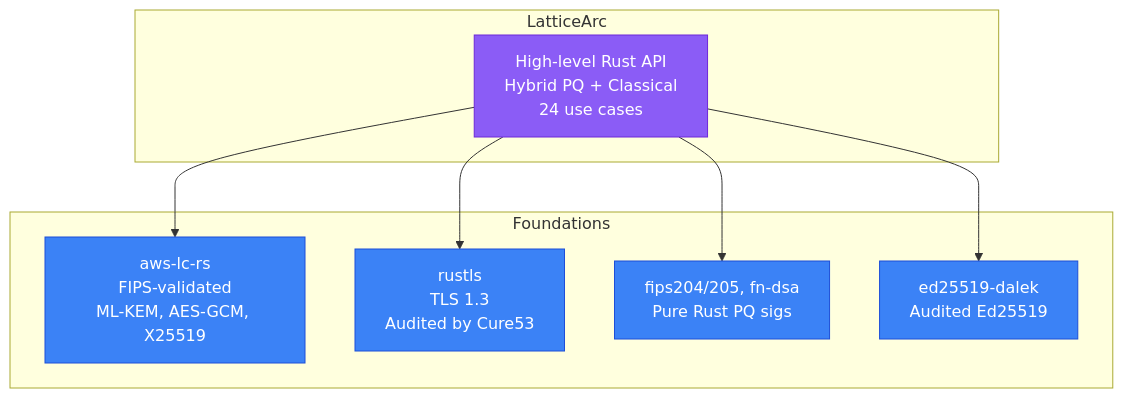
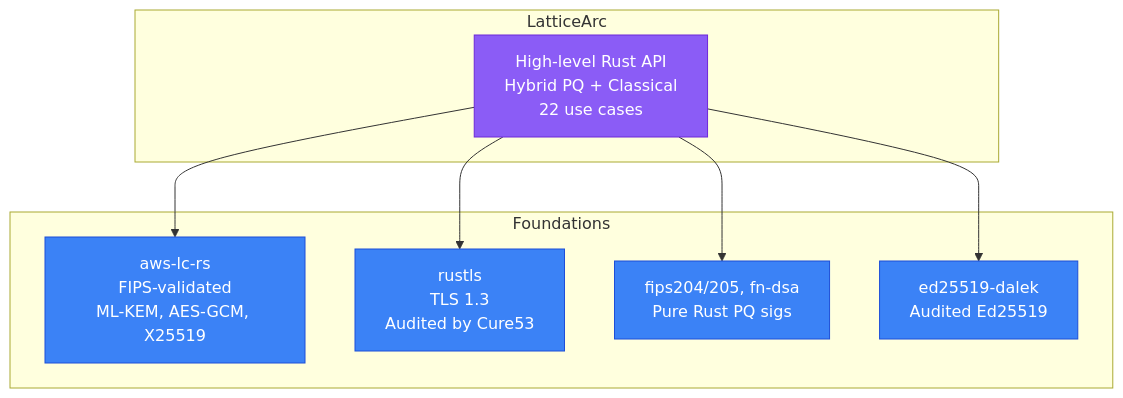
The third of 3 diagrams in docs/ALGORITHM_SELECTION.md (LatticeArc/latticearc), drawn with Mermaid before and after one commit. The commit also changed 94 other files, not shown here.

````diff
--- a/docs/ALGORITHM_SELECTION.md
+++ b/docs/ALGORITHM_SELECTION.md
@@ -309,24 +309,24 @@
 ```mermaid
 flowchart TB
     subgraph "LatticeArc"
-        LA["High-level Rust API\nHybrid PQ + Classical\n24 use cases"]
+        LA["High-level Rust API\nHybrid PQ + Classical\n22 use cases"]
     end
 
     subgraph "Foundations"
         AWSLC["aws-lc-rs\nFIPS-validated\nML-KEM, AES-GCM, X25519"]
         RUSTLS["rustls\nTLS 1.3\nAudited by Cure53"]
         FIPS["fips204/205, fn-dsa\nPure Rust PQ sigs"]
         DALEK["ed25519-dalek\nAudited Ed25519"]
     end
 
     LA --> AWSLC
     LA --> RUSTLS
     LA --> FIPS
     LA --> DALEK
 
     classDef main fill:#8b5cf6,stroke:#6d28d9,color:#fff
     classDef dep fill:#3b82f6,stroke:#1d4ed8,color:#fff
 
     class LA main
     class AWSLC,RUSTLS,FIPS,DALEK dep
 ```
````
